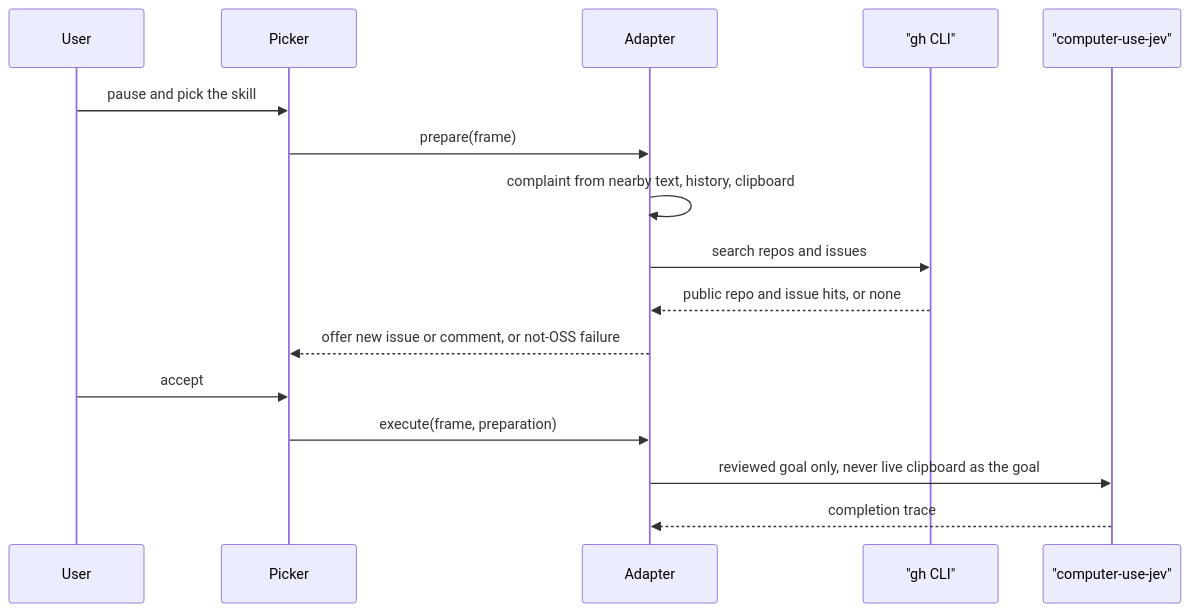
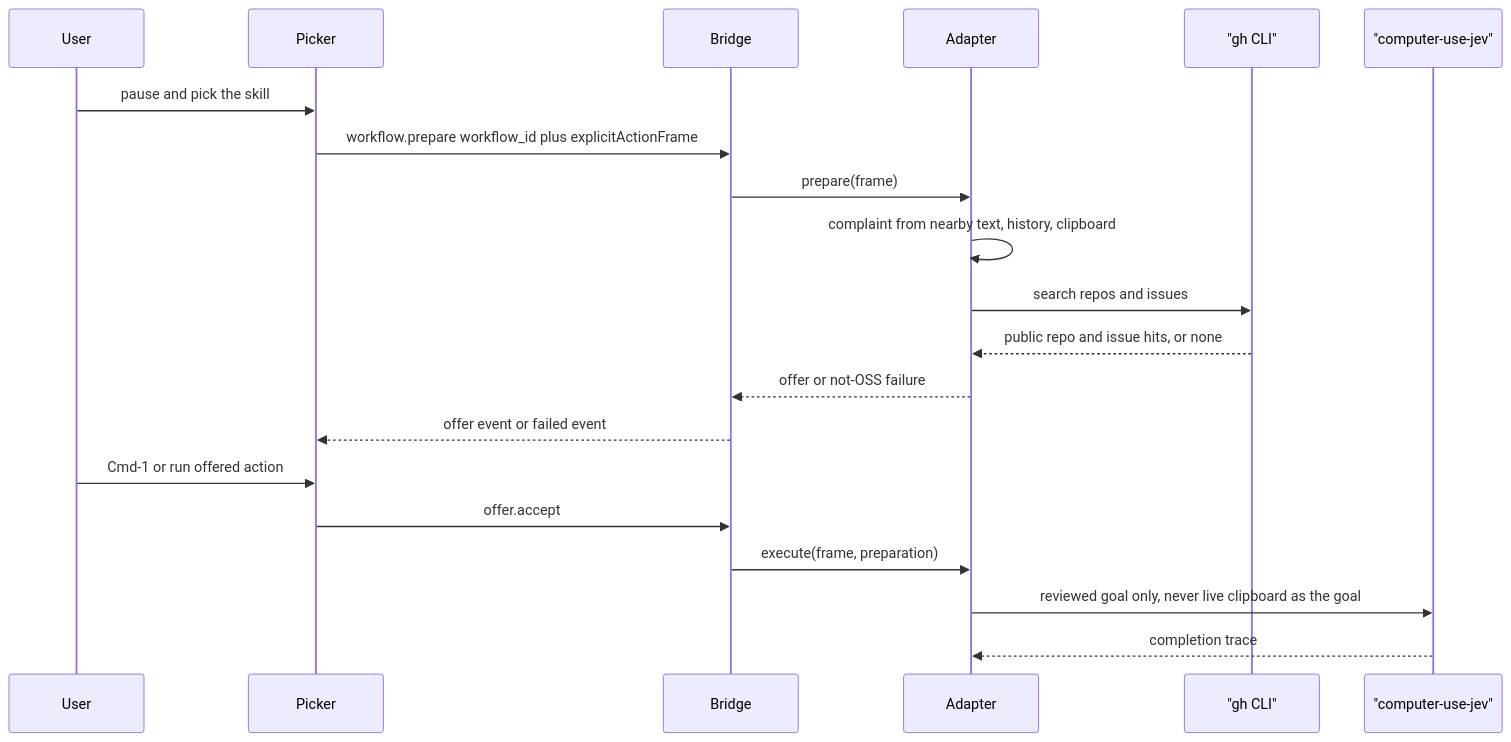
One commit to theodorexli/Caret changed the second of 2 diagrams in memory-bank/active/tasks.md. Above: the diagram before and after it, drawn with Mermaid. The commit also changed other lines of this file and 3 other files, not shown here.

````diff
--- a/memory-bank/active/tasks.md
+++ b/memory-bank/active/tasks.md
@@ -35,19 +38,23 @@
 ```mermaid
 sequenceDiagram
     participant User
     participant Picker
+    participant Bridge
     participant Adapter
     participant Gh as "gh CLI"
     participant Jev as "computer-use-jev"
 
     User->>Picker: pause and pick the skill
-    Picker->>Adapter: prepare(frame)
+    Picker->>Bridge: workflow.prepare workflow_id plus explicitActionFrame
+    Bridge->>Adapter: prepare(frame)
     Adapter->>Adapter: complaint from nearby text, history, clipboard
     Adapter->>Gh: search repos and issues
     Gh-->>Adapter: public repo and issue hits, or none
-    Adapter-->>Picker: offer new issue or comment, or not-OSS failure
-    User->>Picker: accept
-    Picker->>Adapter: execute(frame, preparation)
+    Adapter-->>Bridge: offer or not-OSS failure
+    Bridge-->>Picker: offer event or failed event
+    User->>Picker: Cmd-1 or run offered action
+    Picker->>Bridge: offer.accept
+    Bridge->>Adapter: execute(frame, preparation)
     Adapter->>Jev: reviewed goal only, never live clipboard as the goal
     Jev-->>Adapter: completion trace
 ```
````
